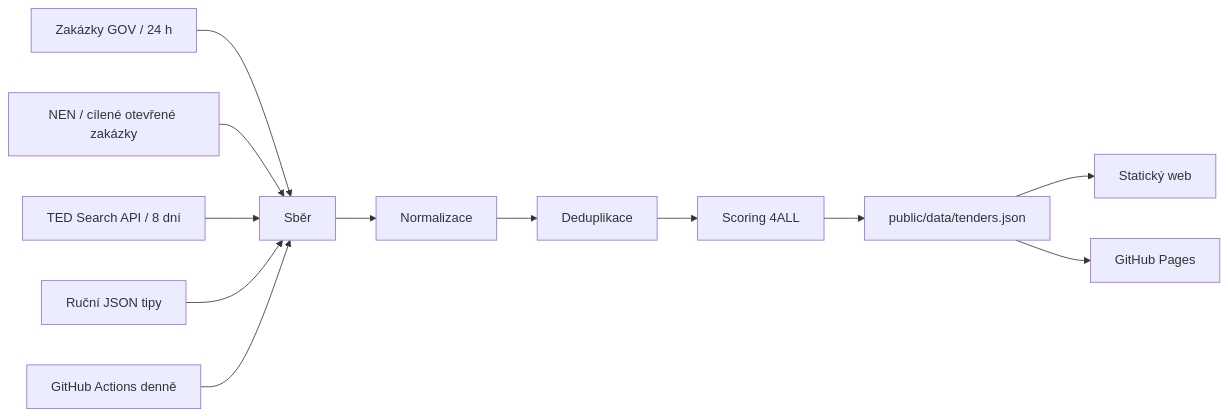
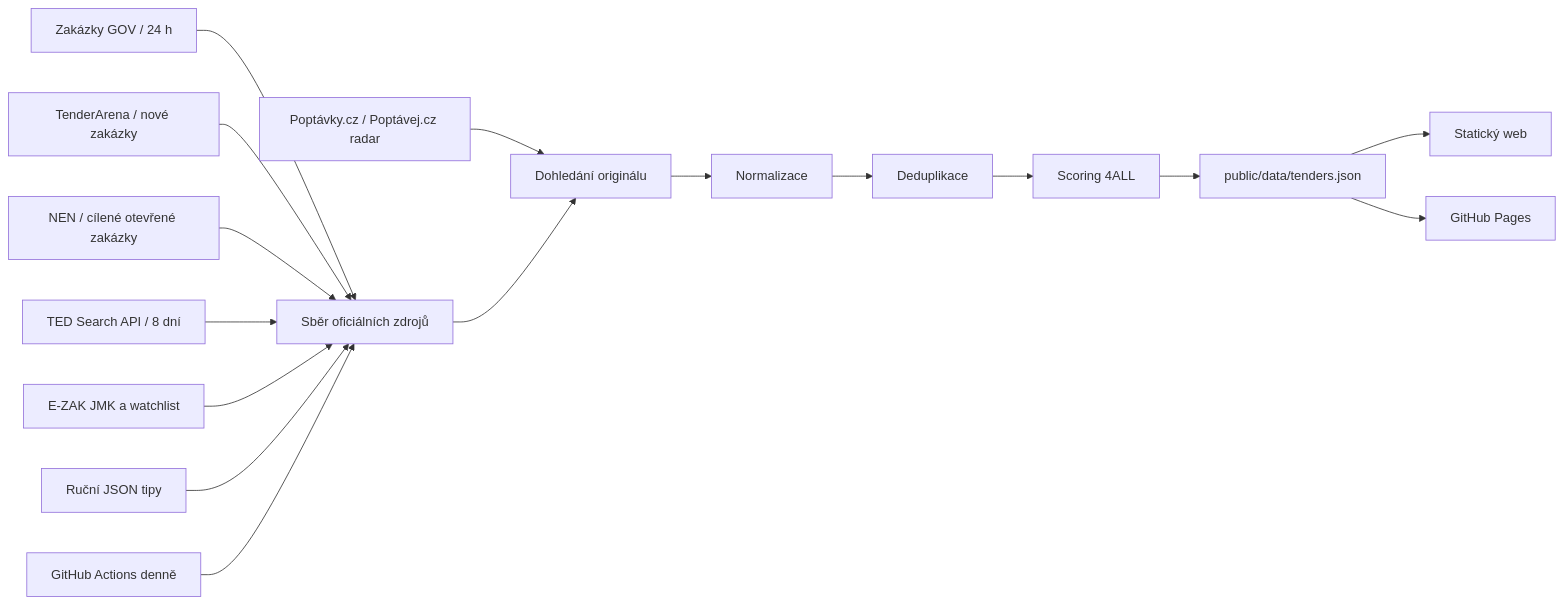
One commit to PaulCeap/4all-vyberka changed the diagram in docs/architecture.md. Above: the diagram before and after it, drawn with Mermaid. The commit also changed other lines of this file and 18 other files, not shown here.

````diff
--- a/docs/architecture.md
+++ b/docs/architecture.md
@@ -5,14 +5,18 @@
 ```mermaid
 flowchart LR
-  Z[Zakázky GOV / 24 h] --> C[Sběr]
+  Z[Zakázky GOV / 24 h] --> C[Sběr oficiálních zdrojů]
+  TA[TenderArena / nové zakázky] --> C
   NEN[NEN / cílené otevřené zakázky] --> C
   T[TED Search API / 8 dní] --> C
+  E[E-ZAK JMK a watchlist] --> C
   M[Ruční JSON tipy] --> C
-  C --> N[Normalizace]
+  R[Poptávky.cz / Poptávej.cz radar] --> O[Dohledání originálu]
+  C --> O
+  O --> N[Normalizace]
   N --> D[Deduplikace]
   D --> S[Scoring 4ALL]
   S --> J[public/data/tenders.json]
   J --> W[Statický web]
   G[GitHub Actions denně] --> C
   J --> P[GitHub Pages]
 ```
````
